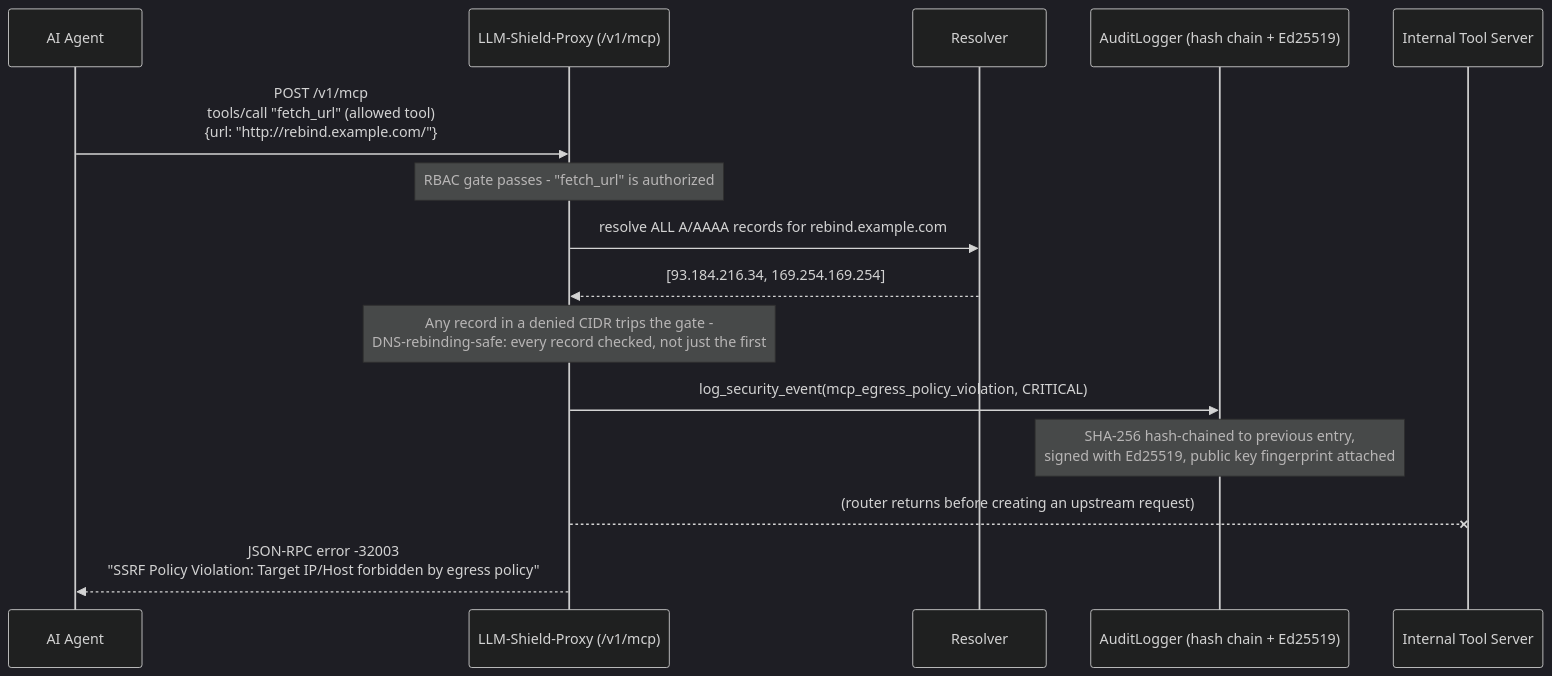
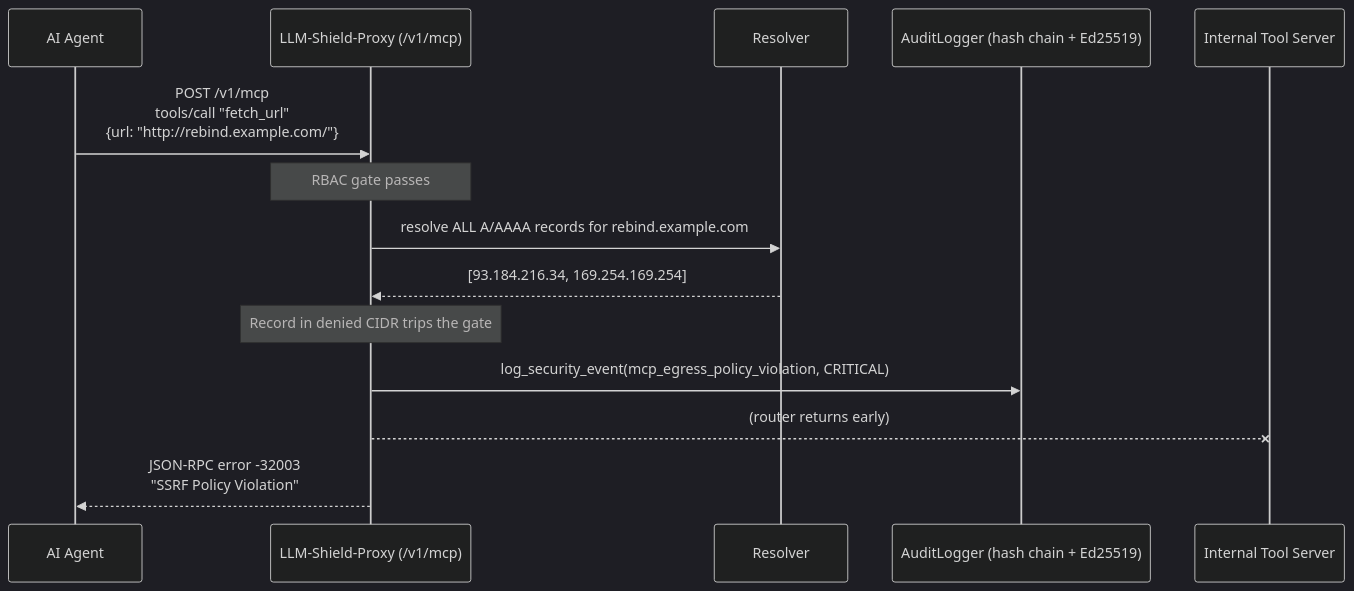
Before and after one commit to ninadphalak/LLM-Shield-Proxy: the third of 3 diagrams in website/docs/guides/mcp-tool-governance.md, drawn with Mermaid (dark theme). The commit also changed other lines of this file and 94 other files, not shown here.

````diff
--- a/website/docs/guides/mcp-tool-governance.md
+++ b/website/docs/guides/mcp-tool-governance.md
@@ -88,18 +70,17 @@
 ```mermaid
 sequenceDiagram
     participant Agent as AI Agent
     participant Shield as LLM-Shield-Proxy (/v1/mcp)
     participant DNS as Resolver
     participant Audit as AuditLogger (hash chain + Ed25519)
     participant Tool as Internal Tool Server
 
-    Agent->>Shield: POST /v1/mcp<br/>tools/call "fetch_url" (allowed tool)<br/>{url: "http://rebind.example.com/"}
-    Note over Shield: RBAC gate passes - "fetch_url" is authorized
+    Agent->>Shield: POST /v1/mcp<br/>tools/call "fetch_url"<br/>{url: "http://rebind.example.com/"}
+    Note over Shield: RBAC gate passes
     Shield->>DNS: resolve ALL A/AAAA records for rebind.example.com
     DNS-->>Shield: [93.184.216.34, 169.254.169.254]
-    Note over Shield: Any record in a denied CIDR trips the gate -<br/>DNS-rebinding-safe: every record checked, not just the first
+    Note over Shield: Record in denied CIDR trips the gate
     Shield->>Audit: log_security_event(mcp_egress_policy_violation, CRITICAL)
-    Note over Audit: SHA-256 hash-chained to previous entry,<br/>signed with Ed25519, public key fingerprint attached
-    Shield--xTool: (router returns before creating an upstream request)
-    Shield-->>Agent: JSON-RPC error -32003<br/>"SSRF Policy Violation: Target IP/Host forbidden by egress policy"
+    Shield--xTool: (router returns early)
+    Shield-->>Agent: JSON-RPC error -32003<br/>"SSRF Policy Violation"
 ```
````
